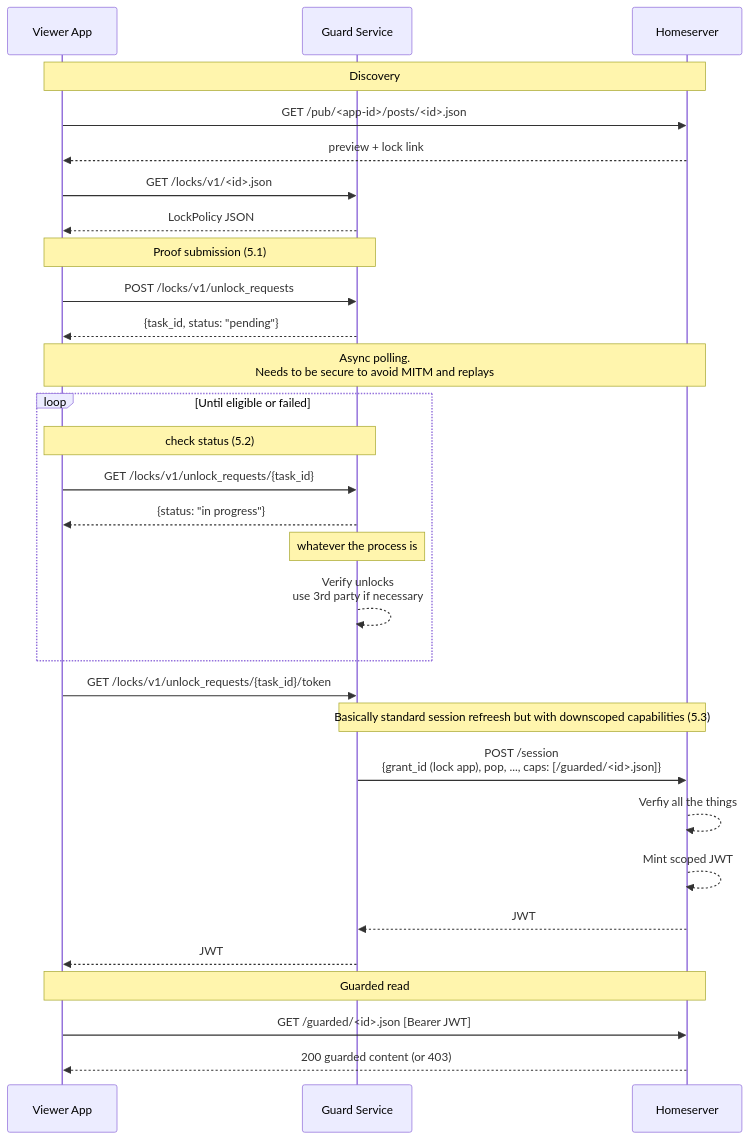
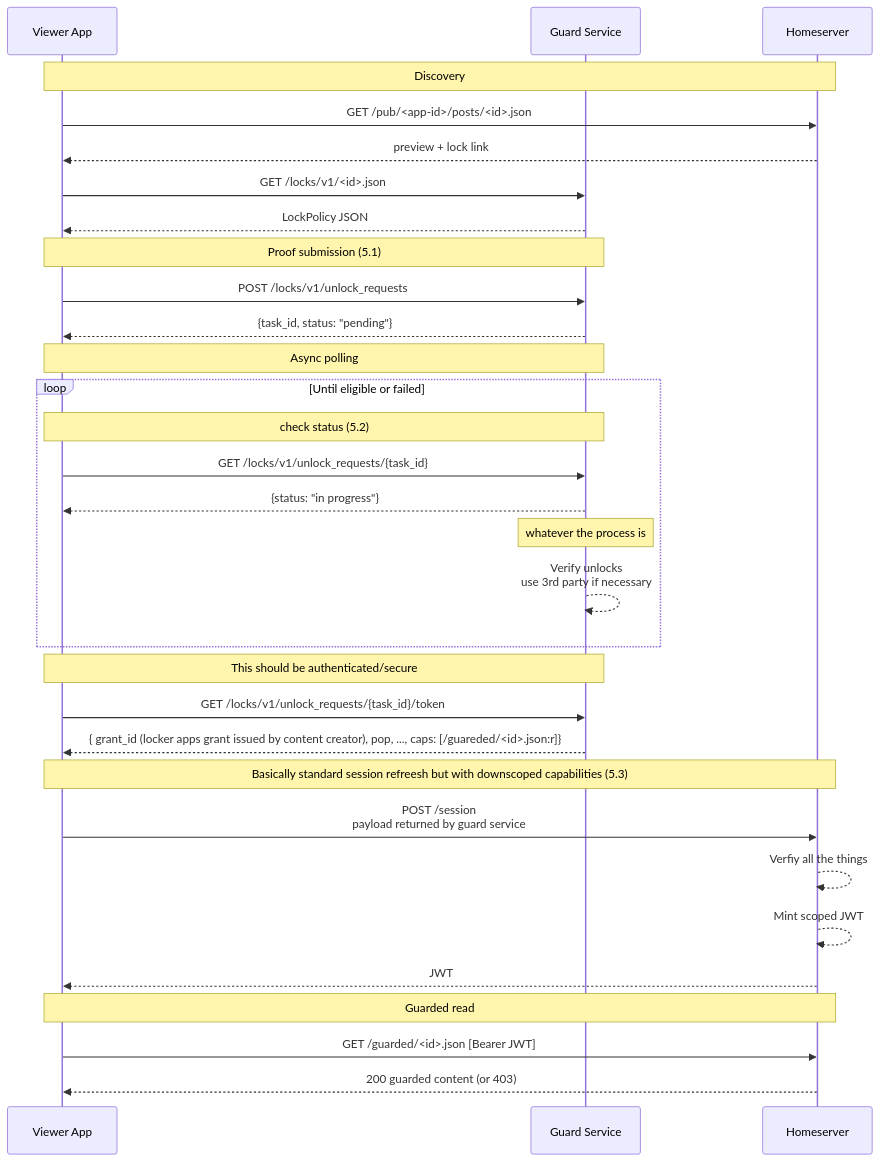
Before and after one commit to BitcoinErrorLog/pubky-locks: the second of 4 diagrams in jwt_proxy_proposal.md, drawn with Mermaid.

Commit message:
update on non-proxy flow

````diff
--- a/jwt_proxy_proposal.md
+++ b/jwt_proxy_proposal.md
@@ -128,43 +128,43 @@
 ```mermaid
 sequenceDiagram
   participant V as Viewer App
   participant G as Guard Service
   participant H as Homeserver
 
   Note over V,H: Discovery
   V->>H: GET /pub/<app-id>/posts/<id>.json
   H-->>V: preview + lock link
 
   V->>G: GET /locks/v1/<id>.json
   G-->>V: LockPolicy JSON
 
   Note over V,G: Proof submission (5.1)
   V->>G: POST /locks/v1/unlock_requests
   G-->>V: {task_id, status: "pending"}
 
-  Note over V,H: Async polling.<br/>Needs to be secure to avoid MITM and replays
+  Note over V,G: Async polling
   loop Until eligible or failed
     Note over V,G: check status (5.2)
     V->>G: GET /locks/v1/unlock_requests/{task_id}
     G-->>V: {status: "in progress"}
 
     Note over G,G: whatever the process is
     G-->>G: Verify unlocks <br/> use 3rd party if necessary
 
   end
 
+  Note over V,G: This should be authenticated/secure
+  V->>G: GET /locks/v1/unlock_requests/{task_id}/token
+  G-->>V: { grant_id (locker apps grant issued by content creator), pop, ..., caps: [/guareded/<id>.json:r]}
 
-  V->>G: GET /locks/v1/unlock_requests/{task_id}/token
+  Note over V,H: Basically standard session refreesh but with downscoped capabilities (5.3)
+  V->>H: POST /session<br/>payload returned by guard service 
 
-  Note over G,H: Basically standard session refreesh but with downscoped capabilities (5.3)
-  G->>H: POST /session<br/>{grant_id (lock app), pop, ..., caps: [/guarded/<id>.json]}
   H-->>H: Verfiy all the things
   H-->>H: Mint scoped JWT
-  H-->>G: JWT
-
-  G-->>V: JWT
+  H-->>V: JWT
 
   Note over V,H: Guarded read
   V->>H: GET /guarded/<id>.json [Bearer JWT]
   H-->>V: 200 guarded content (or 403)
 ```
````
